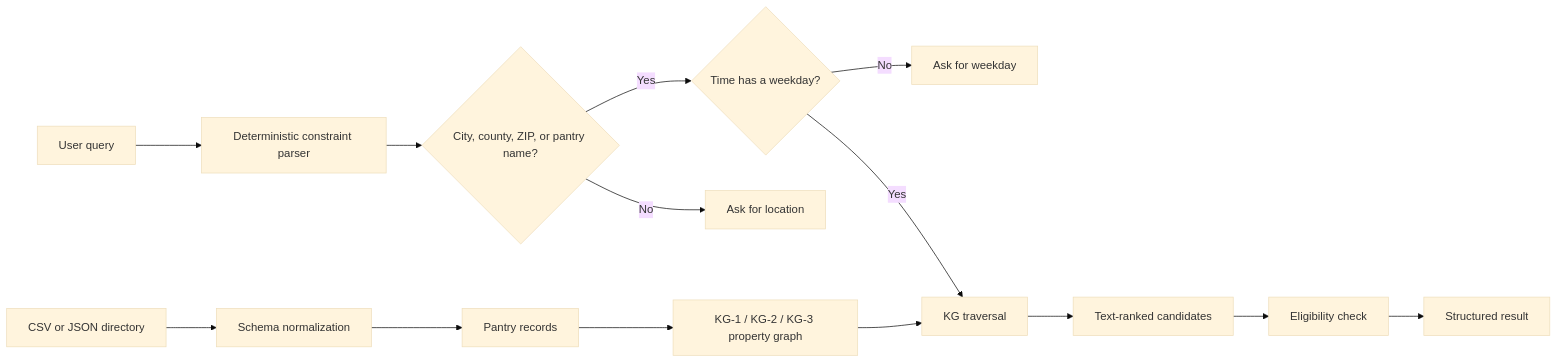
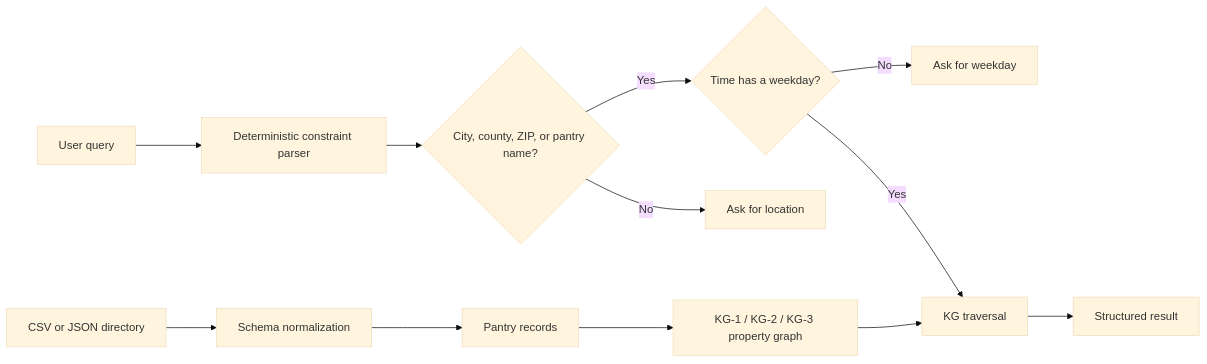
The diagram in README.md (touseefhasan/trace-public-service), drawn with Mermaid (base theme) before and after one commit.

Commit message:
Update flowchart in README.md

````diff
--- a/README.md
+++ b/README.md
@@ -20,16 +20,14 @@
 ```mermaid
 flowchart LR
     S["CSV or JSON directory"] --> I["Schema normalization"]
     I --> P["Pantry records"]
     P --> G["KG-1 / KG-2 / KG-3 property graph"]
     Q["User query"] --> C["Deterministic constraint parser"]
     C --> X{"City, county, ZIP, or pantry name?"}
     X -- No --> CL["Ask for location"]
     X -- Yes --> D{"Time has a weekday?"}
     D -- No --> CD["Ask for weekday"]
     D -- Yes --> T["KG traversal"]
     G --> T
-    T --> R["Text-ranked candidates"]
-    R --> E["Eligibility check"]
-    E --> O["Structured result"]
+    T --> O["Structured result"]
 ```
````
